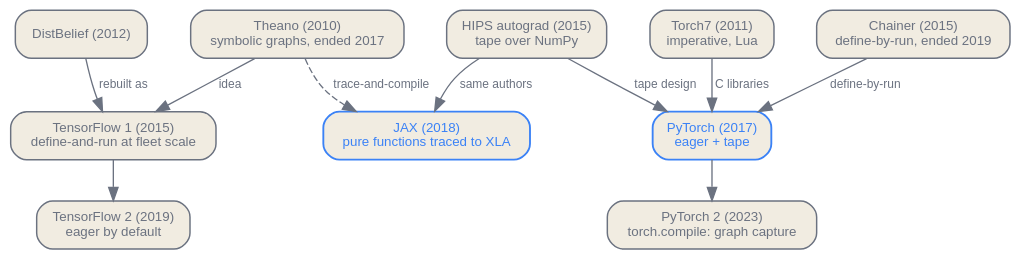
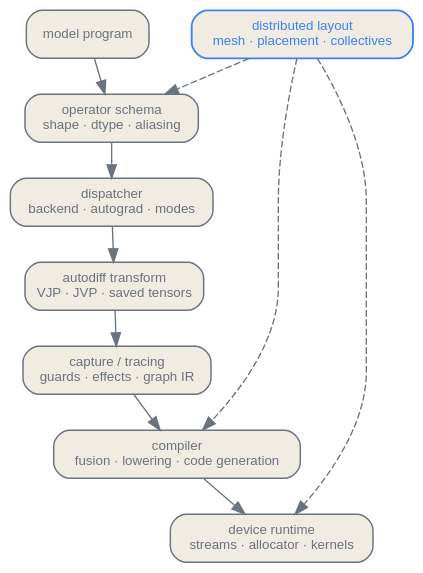
The second of 2 diagrams in en/infrastructure/02-frameworks-autodiff.qmd (latere-ai/ai-as-an-infrastructure), drawn with Graphviz before and after one commit. The commit also changed other lines of this file and 3 other files, not shown here.

````diff
--- a/en/infrastructure/02-frameworks-autodiff.qmd
+++ b/en/infrastructure/02-frameworks-autodiff.qmd
@@ -89,32 +378,25 @@
 ```{dot}
-//| label: fig-frameworks-autodiff-familytree
-//| fig-cap: "The framework family tree. The define-and-run lane (left) and define-by-run lane (right) exchanged moves for a decade and converged on the same design point: eager semantics with graph capture underneath."
-digraph familytree {
+//| label: fig-frameworks-autodiff-contract
+//| fig-cap: "One tensor operation crosses several framework contracts. Shape and alias semantics begin at the schema; transformations, compilation, runtime scheduling, and distributed placement all need compatible rules before a device kernel can run."
+digraph contract {
   bgcolor="transparent";
   rankdir=TB;
-  nodesep=0.45; ranksep=0.4;
+  nodesep=0.45; ranksep=0.38;
   node [shape=box, style="rounded,filled", fontname="Helvetica", fontsize=10, color="#6b7280", fontcolor="#6b7280", fillcolor="#f1ece1", penwidth=1.1];
   edge [fontsize=9, fontname="Helvetica", color="#6b7280", fontcolor="#6b7280"];
 
-  theano  [label="Theano (2010)\nsymbolic graphs, ended 2017"];
-  db      [label="DistBelief (2012)"];
-  tf      [label="TensorFlow 1 (2015)\ndefine-and-run at fleet scale"];
-  tf2     [label="TensorFlow 2 (2019)\neager by default"];
-  torch7  [label="Torch7 (2011)\nimperative, Lua"];
-  chainer [label="Chainer (2015)\ndefine-by-run, ended 2019"];
-  hips    [label="HIPS autograd (2015)\ntape over NumPy"];
-  pytorch [label="PyTorch (2017)\neager + tape", color="#3b82f6", fontcolor="#3b82f6", penwidth=1.4];
-  pt2     [label="PyTorch 2 (2023)\ntorch.compile: graph capture"];
-  jax     [label="JAX (2018)\npure functions traced to XLA", color="#3b82f6", fontcolor="#3b82f6", penwidth=1.4];
+  code [label="model program"];
+  schema [label="operator schema\nshape · dtype · aliasing"];
+  dispatch [label="dispatcher\nbackend · autograd · modes"];
+  ad [label="autodiff transform\nVJP · JVP · saved tensors"];
+  capture [label="capture / tracing\nguards · effects · graph IR"];
+  compiler [label="compiler\nfusion · lowering · code generation"];
+  runtime [label="device runtime\nstreams · allocator · kernels"];
+  layout [label="distributed layout\nmesh · placement · collectives", color="#3b82f6", fontcolor="#3b82f6", penwidth=1.4];
 
-  theano -> tf [label="idea"];
-  db -> tf [label="rebuilt as"];
-  tf -> tf2;
-  torch7 -> pytorch [label="C libraries"];
-  chainer -> pytorch [label="define-by-run"];
-  hips -> pytorch [label="tape design"];
-  hips -> jax [label="same authors"];
-  theano -> jax [label="trace-and-compile", style=dashed];
-  pytorch -> pt2;
+  code -> schema -> dispatch -> ad -> capture -> compiler -> runtime;
+  layout -> schema [style=dashed];
+  layout -> compiler [style=dashed];
+  layout -> runtime [style=dashed];
 }
 ```
````
